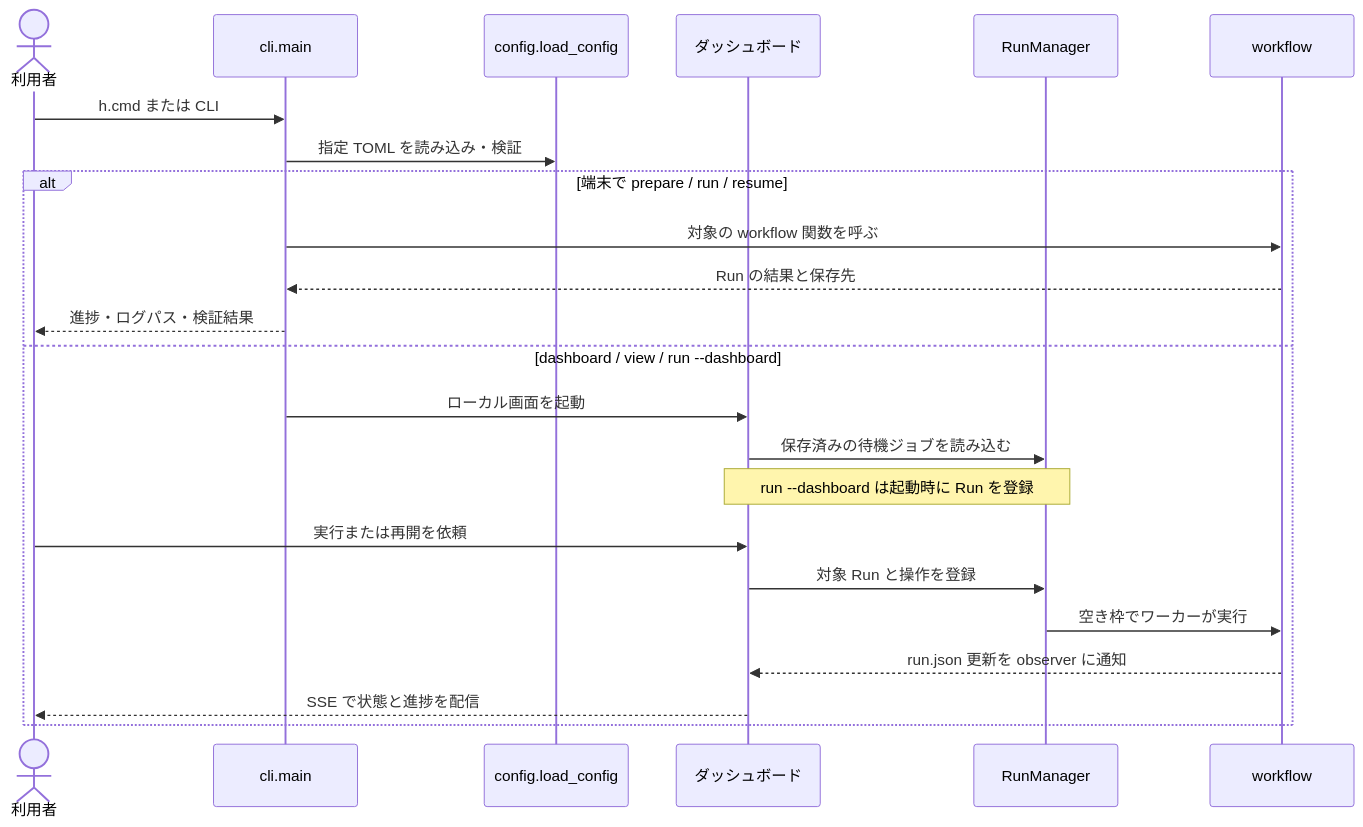
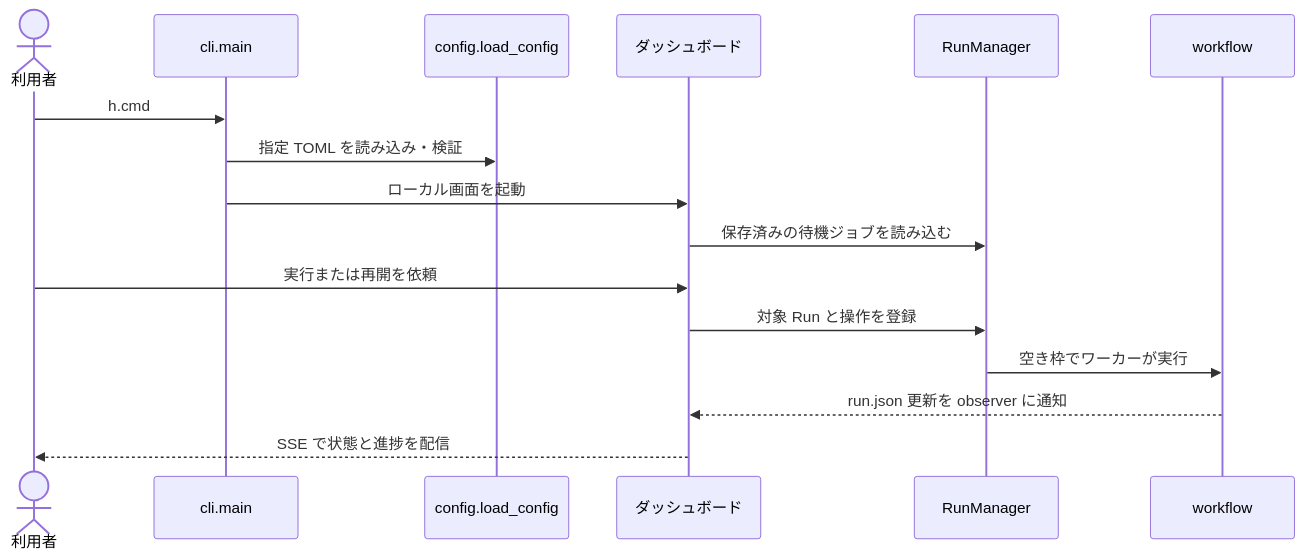
Before and after one commit to SSsan-00/moca: the third of 8 diagrams in docs/architecture.md, drawn with Mermaid. The commit also changed other lines of this file and 44 other files, not shown here.

Commit message:
Move run review and recovery into the dashboard

````diff
--- a/docs/architecture.md
+++ b/docs/architecture.md
@@ -202,26 +202,19 @@
 ```mermaid
 sequenceDiagram
     actor User as 利用者
     participant CLI as cli.main
     participant Config as config.load_config
     participant HTTP as ダッシュボード
     participant Manager as RunManager
     participant Flow as workflow
 
-    User->>CLI: h.cmd または CLI
+    User->>CLI: h.cmd
     CLI->>Config: 指定 TOML を読み込み・検証
-    alt 端末で prepare / run / resume
-        CLI->>Flow: 対象の workflow 関数を呼ぶ
-        Flow-->>CLI: Run の結果と保存先
-        CLI-->>User: 進捗・ログパス・検証結果
-    else dashboard / view / run --dashboard
-        CLI->>HTTP: ローカル画面を起動
-        HTTP->>Manager: 保存済みの待機ジョブを読み込む
-        Note over HTTP,Manager: run --dashboard は起動時に Run を登録
-        User->>HTTP: 実行または再開を依頼
-        HTTP->>Manager: 対象 Run と操作を登録
-        Manager->>Flow: 空き枠でワーカーが実行
-        Flow-->>HTTP: run.json 更新を observer に通知
-        HTTP-->>User: SSE で状態と進捗を配信
-    end
+    CLI->>HTTP: ローカル画面を起動
+    HTTP->>Manager: 保存済みの待機ジョブを読み込む
+    User->>HTTP: 実行または再開を依頼
+    HTTP->>Manager: 対象 Run と操作を登録
+    Manager->>Flow: 空き枠でワーカーが実行
+    Flow-->>HTTP: run.json 更新を observer に通知
+    HTTP-->>User: SSE で状態と進捗を配信
 ```
````
